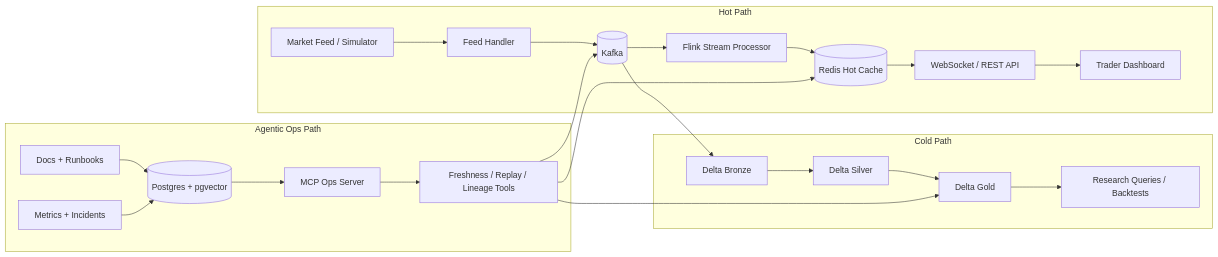
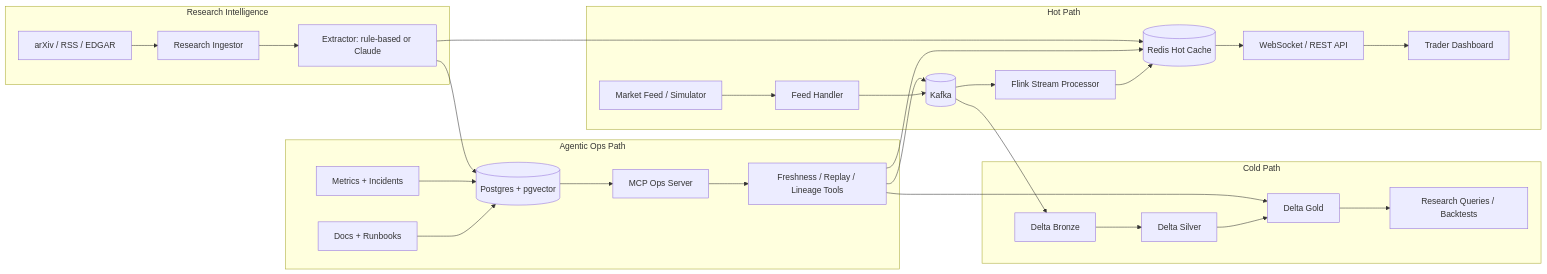
Before and after one commit to tkhahns/Low-Latency-Market-Data-Research-Platform: the diagram in README.md, drawn with Mermaid. The commit also changed other lines of this file, not shown here.

First line of the commit message:
Document research intelligence pipeline in README

````diff
--- a/README.md
+++ b/README.md
@@ -11,37 +11,47 @@
 ```mermaid
 flowchart LR
     subgraph Hot Path
         Feed[Market Feed / Simulator]
         Handler[Feed Handler]
         Kafka[(Kafka)]
         Flink[Flink Stream Processor]
         Redis[(Redis Hot Cache)]
         API[WebSocket / REST API]
         UI[Trader Dashboard]
 
         Feed --> Handler --> Kafka --> Flink --> Redis --> API --> UI
     end
 
     subgraph Cold Path
         Kafka --> Bronze[Delta Bronze]
         Bronze --> Silver[Delta Silver]
         Silver --> Gold[Delta Gold]
         Gold --> Research[Research Queries / Backtests]
     end
 
     subgraph Agentic Ops Path
         Docs[Docs + Runbooks]
         Metrics[Metrics + Incidents]
         Vector[(Postgres + pgvector)]
         MCP[MCP Ops Server]
         Tools[Freshness / Replay / Lineage Tools]
 
         Docs --> Vector
         Metrics --> Vector
         Vector --> MCP
         MCP --> Tools
         Tools --> Kafka
         Tools --> Redis
         Tools --> Gold
     end
+
+    subgraph Research Intelligence
+        Sources[arXiv / RSS / EDGAR]
+        Ingestor[Research Ingestor]
+        Extract[Extractor: rule-based or Claude]
+
+        Sources --> Ingestor --> Extract
+        Extract --> Vector
+        Extract --> Redis
+    end
 ```
````
